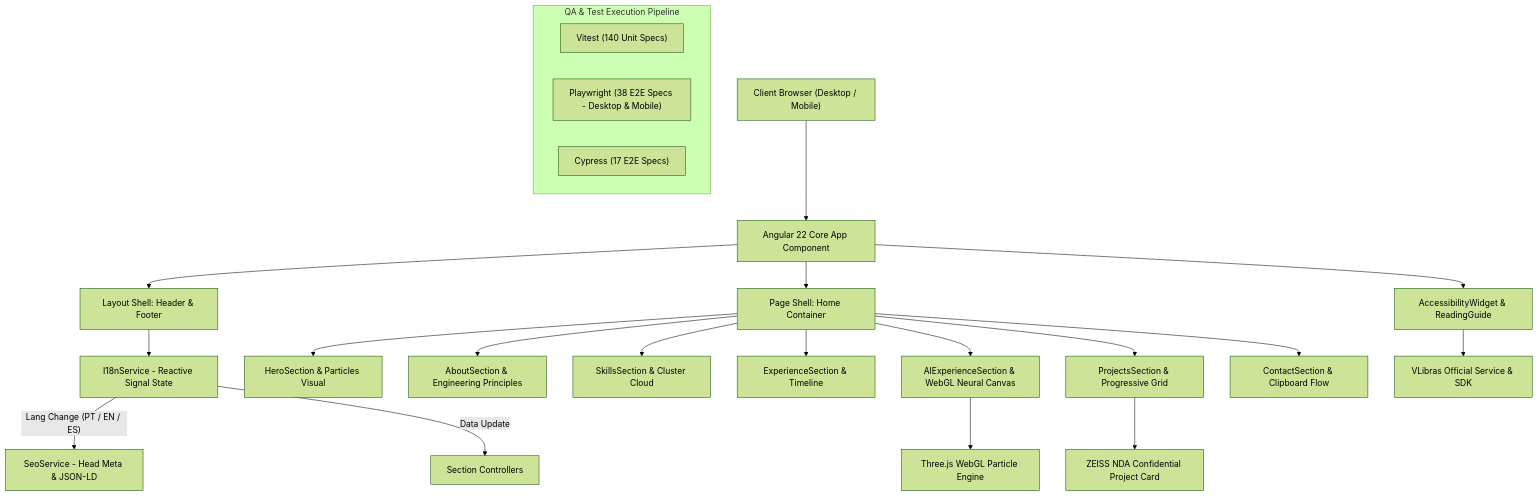
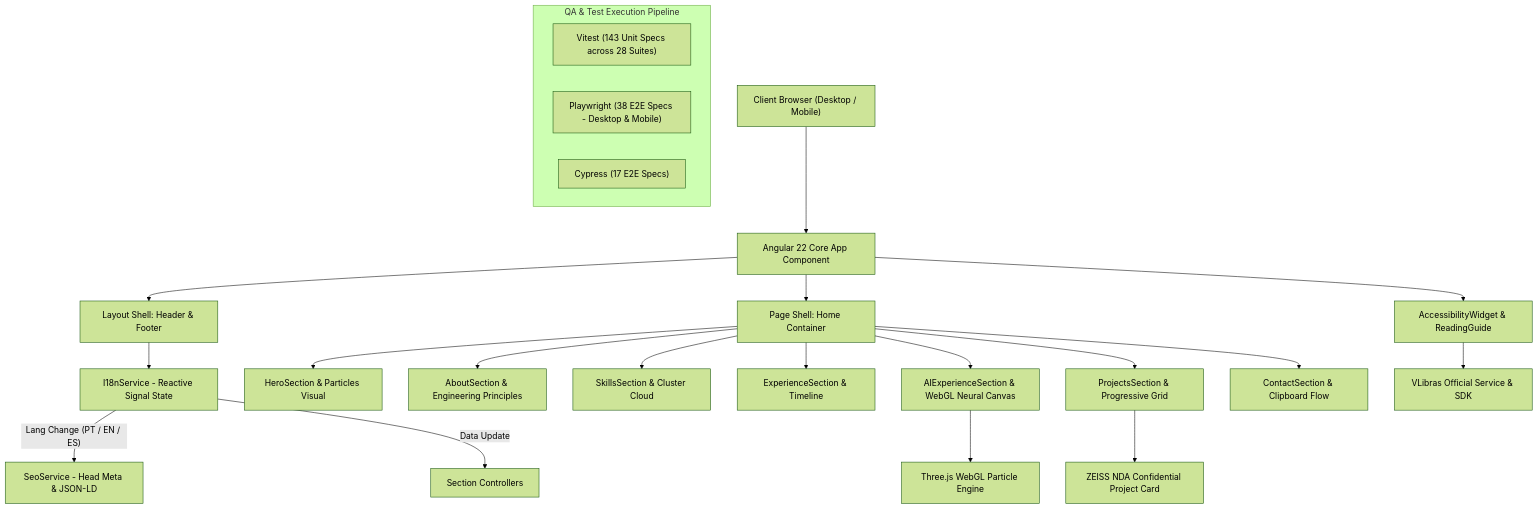
Before and after one commit to DevYuriVieira/portfolio: the first of 2 diagrams in README.md, drawn with Mermaid (forest theme). The commit also changed other lines of this file, not shown here.

Commit message:
docs(readme): update universal accessibility engine to 21 features and vitest metrics

````diff
--- a/README.md
+++ b/README.md
@@ -163,30 +176,30 @@
 ```mermaid
 flowchart TD
     A["Client Browser (Desktop / Mobile)"] --> B["Angular 22 Core App Component"]
     
     B --> C["Layout Shell: Header & Footer"]
     B --> D["Page Shell: Home Container"]
     
     C --> E["I18nService - Reactive Signal State"]
     E -- "Lang Change (PT / EN / ES)" --> F["SeoService - Head Meta & JSON-LD"]
     E -- "Data Update" --> G["Section Controllers"]
     
     D --> H1["HeroSection & Particles Visual"]
     D --> H2["AboutSection & Engineering Principles"]
     D --> H3["SkillsSection & Cluster Cloud"]
     D --> H4["ExperienceSection & Timeline"]
     D --> H5["AIExperienceSection & WebGL Neural Canvas"]
     D --> H6["ProjectsSection & Progressive Grid"]
     D --> H7["ContactSection & Clipboard Flow"]
     
     H5 --> I["Three.js WebGL Particle Engine"]
     H6 --> J["ZEISS NDA Confidential Project Card"]
     B --> A11y["AccessibilityWidget & ReadingGuide"]
     A11y --> VLibras["VLibras Official Service & SDK"]
     
     subgraph "QA & Test Execution Pipeline"
-        K1["Vitest (140 Unit Specs)"]
+        K1["Vitest (143 Unit Specs across 28 Suites)"]
         K2["Playwright (38 E2E Specs - Desktop & Mobile)"]
         K3["Cypress (17 E2E Specs)"]
     end
 ```
````
